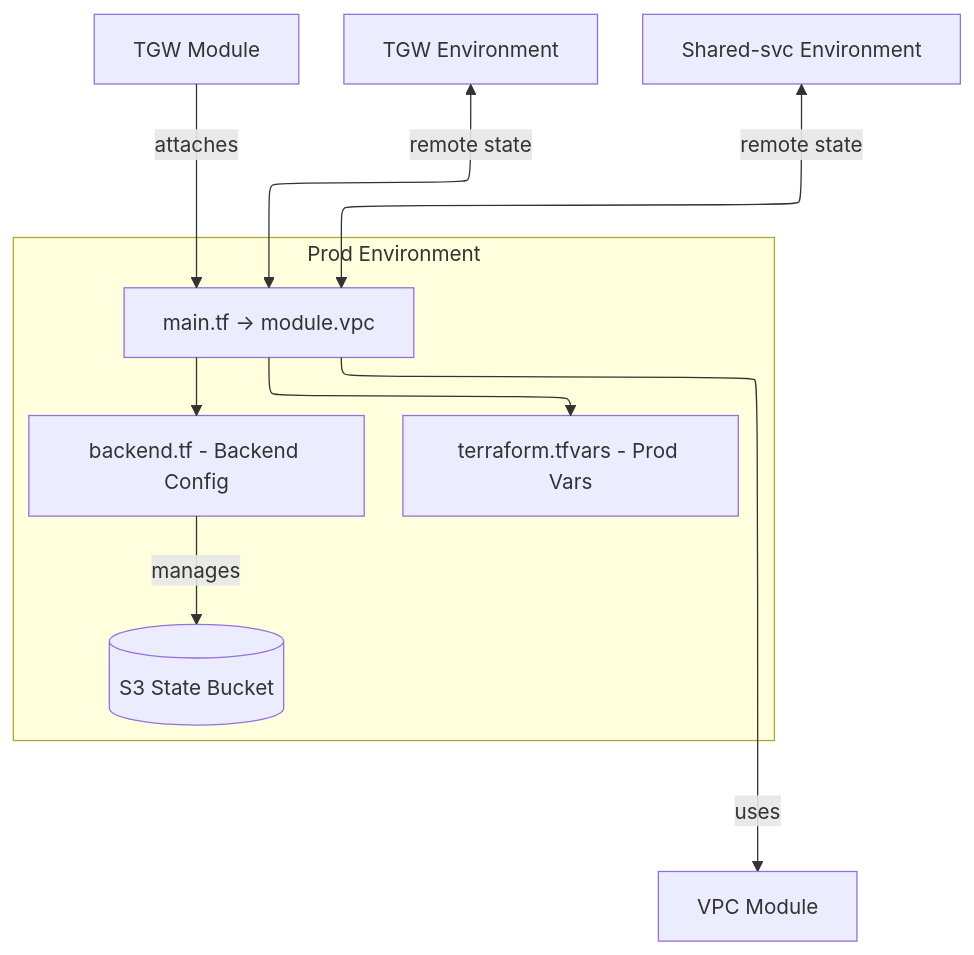
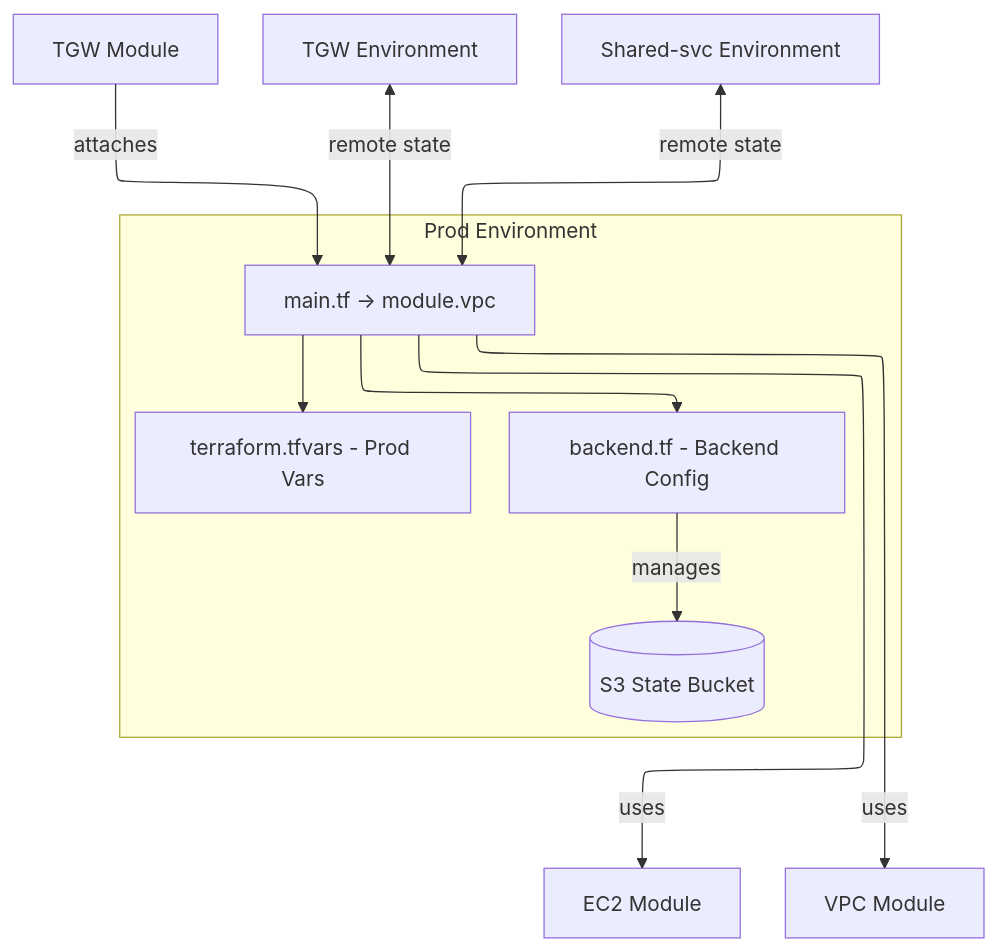
The sixth of 8 diagrams in README.md (m3lcy/terraform-aws-vpc), drawn with Mermaid before and after one commit. The commit also changed other lines of this file, not shown here.

````diff
--- a/README.md
+++ b/README.md
@@ -247,25 +247,26 @@
 ```mermaid
 ---
 config:
   layout: elk
 ---
 flowchart TB
  subgraph Prod_Env["Prod Environment"]
     direction TB
         P1["main.tf -> module.vpc"]
         P2["terraform.tfvars - Prod Vars"]
         P3["backend.tf - Backend Config"]
         P4[("S3 State Bucket")]
   end
     P1 --> P2 & P3
+    P1 -- uses --> n5["EC2 Module"] & n1["VPC Module"]
     P3 -- manages --> P4
-    P1 -- uses --> n1["VPC Module"]
     n2["TGW Module"] -- attaches --> P1
     n3["TGW Environment"] <-- remote state --> P1
     n4["Shared-svc Environment"] <-- remote state --> P1
 
+    n5@{ shape: rect}
     n1@{ shape: rect}
     n2@{ shape: rect}
     n3@{ shape: rect}
     n4@{ shape: rect}
 ```
````
